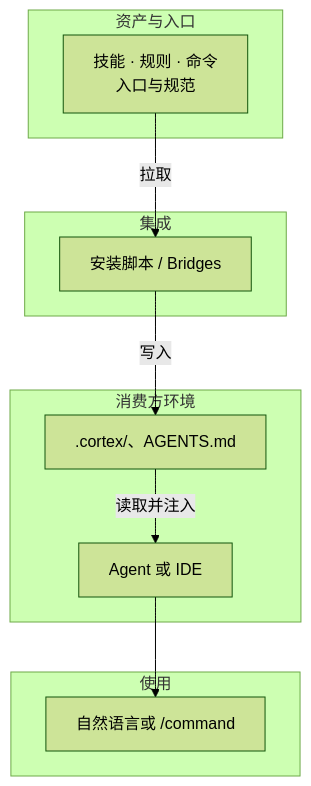
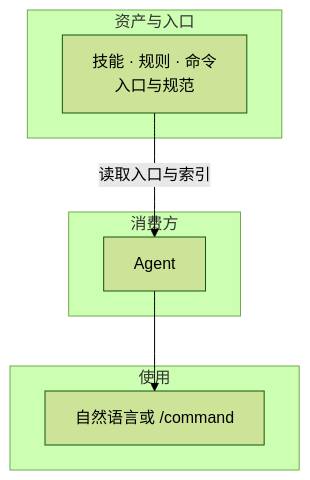
One commit to nesnilnehc/ai-cortex changed the diagram in README.md. Above: the diagram before and after it, drawn with Mermaid (forest theme). The commit also changed other lines of this file and 17 other files, not shown here.

````diff
--- a/README.md
+++ b/README.md
@@ -14,20 +21,14 @@
 ```mermaid
 flowchart TB
   subgraph 资产与入口
     P[技能 · 规则 · 命令<br>入口与规范]
   end
-  subgraph 集成
-    B[安装脚本 / Bridges]
-  end
-  subgraph 消费方环境
-    C[.cortex/、AGENTS.md]
-    D[Agent 或 IDE]
+  subgraph 消费方
+    D[Agent]
   end
   subgraph 使用
     E[自然语言或 /command]
   end
-  P -->|拉取| B
-  B -->|写入| C
-  C -->|读取并注入| D
+  P -->|读取入口与索引| D
   D --> E
 ```
````
